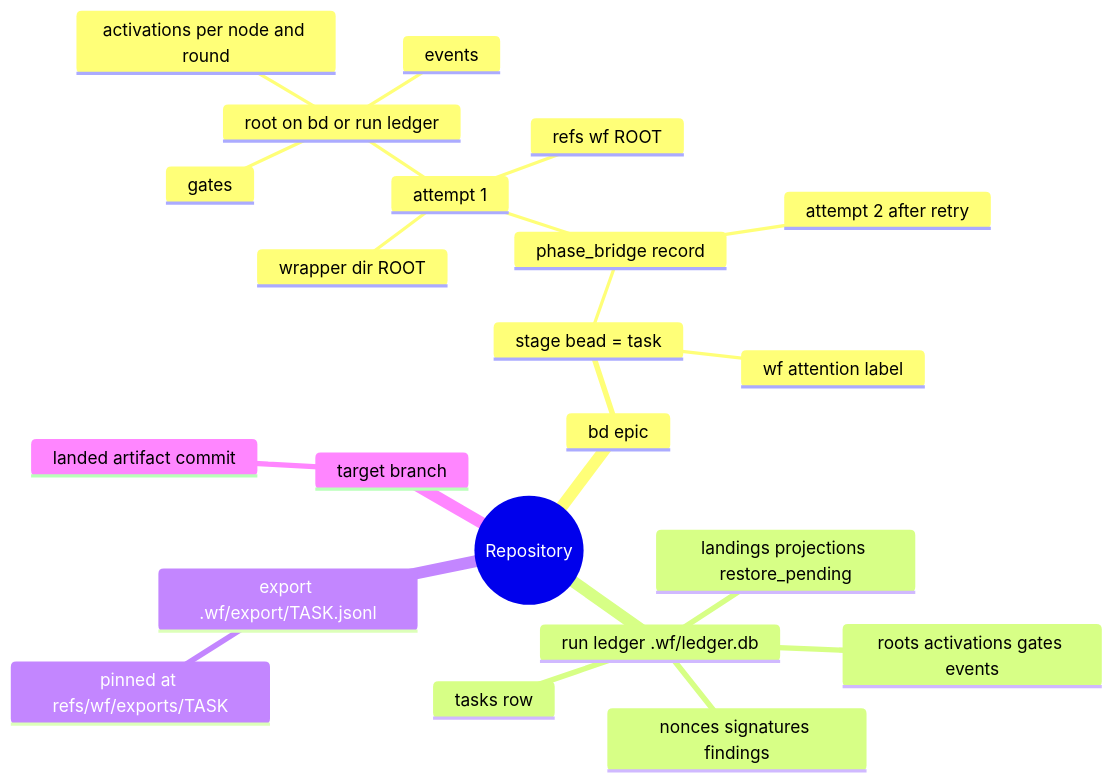
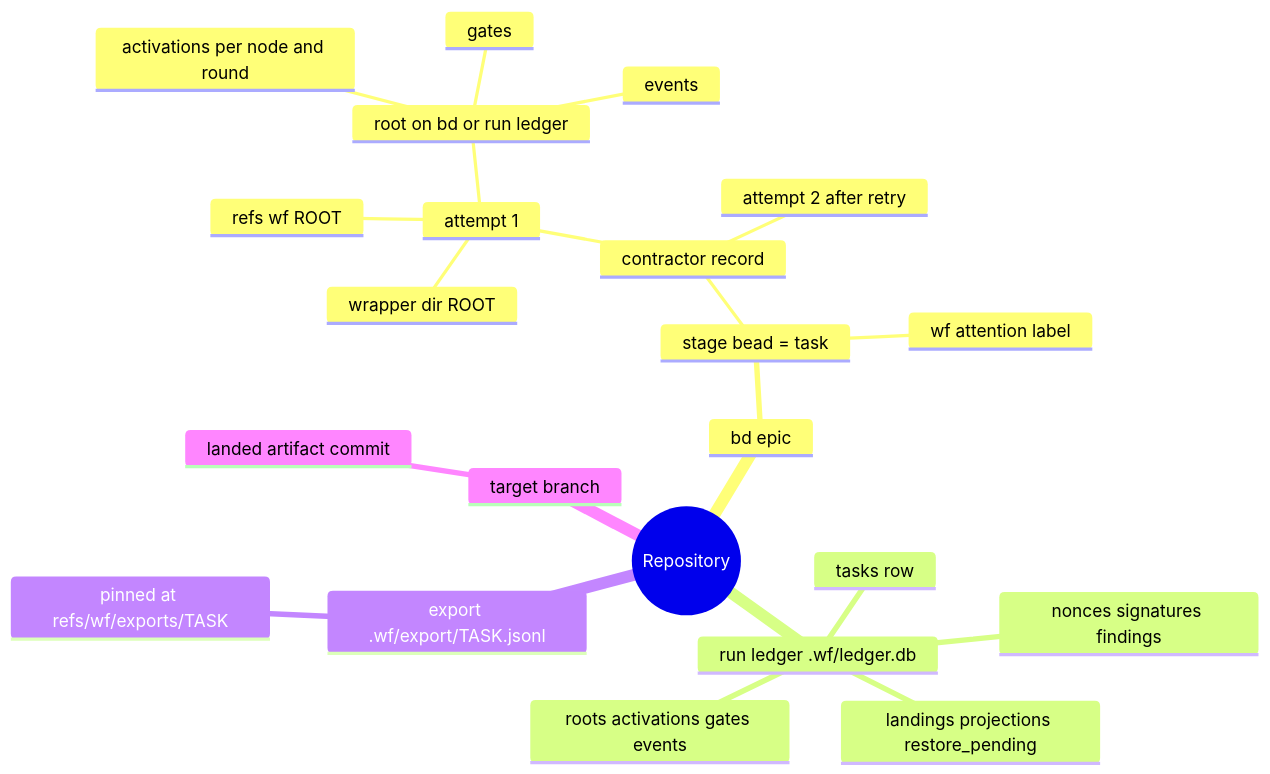
The seventh of 46 diagrams in docs/workflow-interpreter-guide/diagrams.md (MVPavan/coding-ritual), drawn with Mermaid before and after one commit. The commit also changed other lines of this file and 361 other files, not shown here.

````diff
--- a/docs/workflow-interpreter-guide/diagrams.md
+++ b/docs/workflow-interpreter-guide/diagrams.md
@@ -299,25 +299,25 @@
 ```mermaid
 mindmap
   root((Repository))
     bd epic
       stage bead = task
-        phase_bridge record
+        contractor record
           attempt 1
             root on bd or run ledger
               activations per node and round
               gates
               events
             wrapper dir ROOT
             refs wf ROOT
           attempt 2 after retry
         wf attention label
     run ledger .wf/ledger.db
       tasks row
       roots activations gates events
       nonces signatures findings
       landings projections restore_pending
     export .wf/export/TASK.jsonl
       pinned at refs/wf/exports/TASK
     target branch
       landed artifact commit
 ```
````
